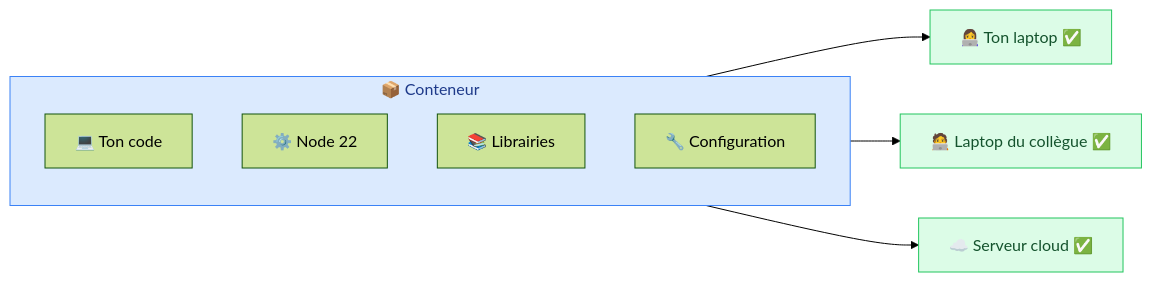
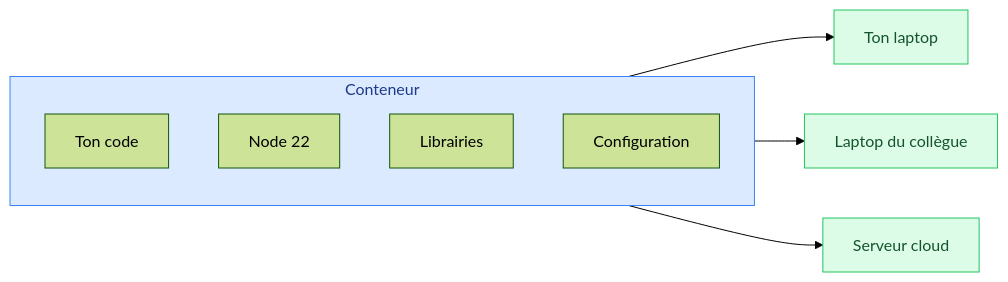
The second of 5 diagrams in methodologie-securite-it/docker/01-introduction.md (GoobyWoobies/HEIA-IT), drawn with Mermaid (forest theme) before and after one commit. The commit also changed other lines of this file and 24 other files, not shown here.

````diff
--- a/methodologie-securite-it/docker/01-introduction.md
+++ b/methodologie-securite-it/docker/01-introduction.md
@@ -70,18 +70,18 @@
 ```mermaid
 flowchart LR
-    subgraph C["📦 Conteneur"]
+    subgraph C["Conteneur"]
         direction TB
-        Code["💻 Ton code"]
-        Rt["⚙️ Node 22"]
-        Lib["📚 Librairies"]
-        Cfg["🔧 Configuration"]
+        Code["Ton code"]
+        Rt["Node 22"]
+        Lib["Librairies"]
+        Cfg["Configuration"]
     end
-    C --> L1["👩‍💻 Ton laptop ✅"]
-    C --> L2["🧑‍💻 Laptop du collègue ✅"]
-    C --> L3["☁️ Serveur cloud ✅"]
+    C --> L1["Ton laptop"]
+    C --> L2["Laptop du collègue"]
+    C --> L3["Serveur cloud"]
 
     style C fill:#dbeafe,stroke:#3b82f6,color:#1e3a8a
     style L1 fill:#dcfce7,stroke:#22c55e,color:#14532d
     style L2 fill:#dcfce7,stroke:#22c55e,color:#14532d
     style L3 fill:#dcfce7,stroke:#22c55e,color:#14532d
 ```
````
